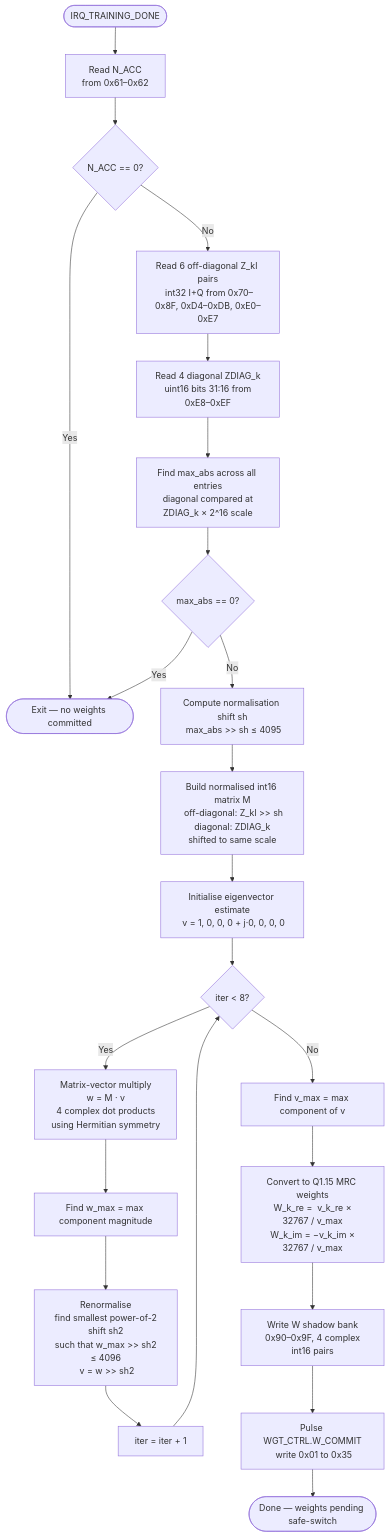
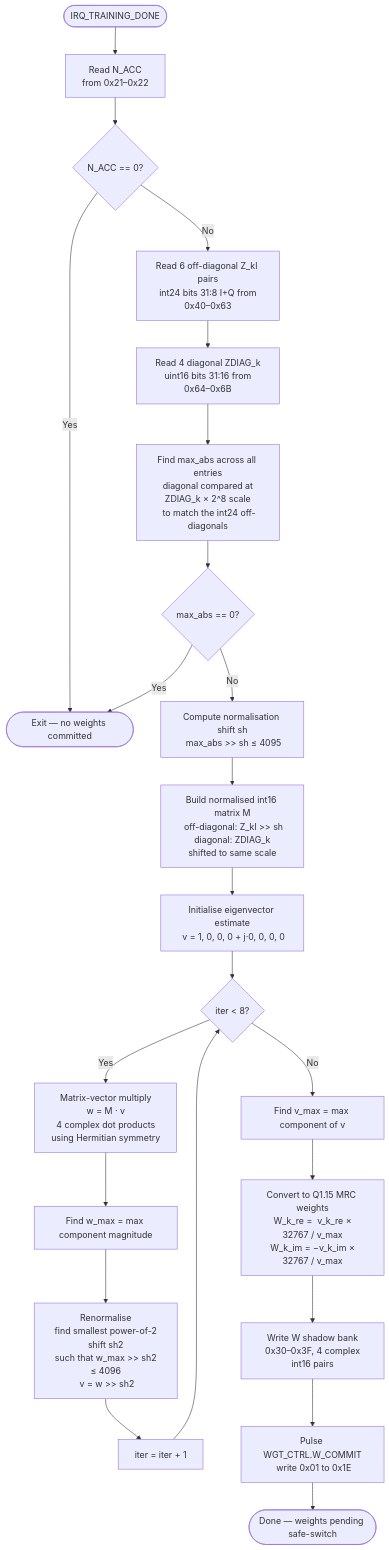
The second of 2 diagrams in planning/blocks/Eigenvector Weight Computation.md (Sheffield-Chip-Design-Team/chipathon-2026-trouper), drawn with Mermaid before and after one commit. The commit also changed other lines of this file and 23 other files, not shown here.

````diff
--- a/planning/blocks/Eigenvector Weight Computation.md
+++ b/planning/blocks/Eigenvector Weight Computation.md
@@ -71,25 +85,25 @@
 ```mermaid
 flowchart TD
-    A([IRQ_TRAINING_DONE]) --> B[Read N_ACC\n from 0x61–0x62]
+    A([IRQ_TRAINING_DONE]) --> B[Read N_ACC\n from 0x21–0x22]
     B --> C{N_ACC == 0?}
     C -- Yes --> Z([Exit — no weights committed])
-    C -- No --> D[Read 6 off-diagonal Z_kl pairs\n int32 I+Q from 0x70–0x8F, 0xD4–0xDB, 0xE0–0xE7]
-    D --> E[Read 4 diagonal ZDIAG_k\n uint16 bits 31:16 from 0xE8–0xEF]
-    E --> F[Find max_abs across all entries\n diagonal compared at ZDIAG_k × 2^16 scale]
+    C -- No --> D[Read 6 off-diagonal Z_kl pairs\n int24 bits 31:8 I+Q from 0x40–0x63]
+    D --> E[Read 4 diagonal ZDIAG_k\n uint16 bits 31:16 from 0x64–0x6B]
+    E --> F[Find max_abs across all entries\n diagonal compared at ZDIAG_k × 2^8 scale\n to match the int24 off-diagonals]
     F --> G{max_abs == 0?}
     G -- Yes --> Z
     G -- No --> H[Compute normalisation shift sh\n max_abs >> sh ≤ 4095]
     H --> I[Build normalised int16 matrix M\n off-diagonal: Z_kl >> sh\n diagonal: ZDIAG_k shifted to same scale]
     I --> J[Initialise eigenvector estimate\n v = 1, 0, 0, 0 + j·0, 0, 0, 0]
     J --> K{iter < 8?}
     K -- Yes --> L[Matrix-vector multiply\n w = M · v\n 4 complex dot products\n using Hermitian symmetry]
     L --> M[Find w_max = max component magnitude]
     M --> N[Renormalise\n find smallest power-of-2 shift sh2\n such that w_max >> sh2 ≤ 4096\n v = w >> sh2]
     N --> O[iter = iter + 1]
     O --> K
     K -- No --> P[Find v_max = max component of v]
     P --> Q[Convert to Q1.15 MRC weights\n W_k_re =  v_k_re × 32767 / v_max\n W_k_im = −v_k_im × 32767 / v_max]
-    Q --> R[Write W shadow bank\n 0x90–0x9F, 4 complex int16 pairs]
-    R --> S[Pulse WGT_CTRL.W_COMMIT\n write 0x01 to 0x35]
+    Q --> R[Write W shadow bank\n 0x30–0x3F, 4 complex int16 pairs]
+    R --> S[Pulse WGT_CTRL.W_COMMIT\n write 0x01 to 0x1E]
     S --> T([Done — weights pending safe-switch])
 ```
````
